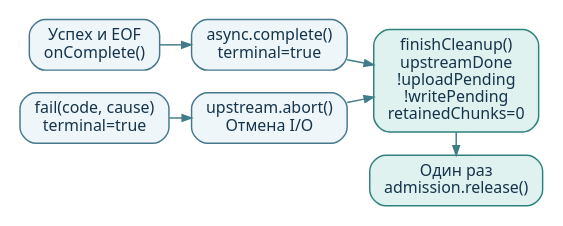
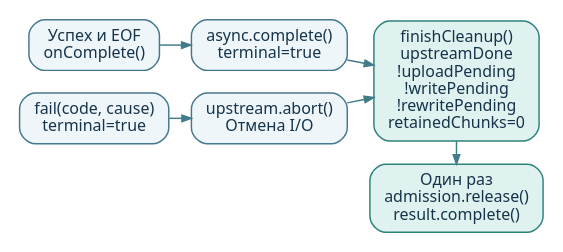
One commit to AlFlanker/NettyPet changed the diagram in jetty-client-example/docs/diagrams/lifecycle.dot. Above: the diagram before and after it, drawn with Graphviz. The commit also changed 17 other files, not shown here.

```diff
--- a/jetty-client-example/docs/diagrams/lifecycle.dot
+++ b/jetty-client-example/docs/diagrams/lifecycle.dot
@@ -1,21 +1,21 @@
 digraph lifecycle {
   graph [rankdir=LR, bgcolor="white", pad="0.10", nodesep="0.23", ranksep="0.24", splines=polyline];
   node [shape=box, style="rounded,filled", fontname="Noto Sans", fontsize=12, fontcolor="#15344B", fillcolor="#EFF6FA", color="#45788F", penwidth=1.1, margin="0.14,0.09"];
   edge [color="#417C89", penwidth=1.1, arrowsize=0.7, fontname="Noto Sans", fontsize=12, fontcolor="#15344B"];
 
   success [label="Успех и EOF\nonComplete()"];
   finish [label="async.complete()\nterminal=true"];
   failure [label="fail(code, cause)\nterminal=true"];
   cancel [label="upstream.abort()\nОтмена I/O"];
-  gates [label="finishCleanup()\nupstreamDone\n!uploadPending\n!writePending\nretainedChunks=0", fillcolor="#E0F2EF", color="#2D827B"];
-  release [label="Один раз\nadmission.release()", fillcolor="#E0F2EF", color="#2D827B"];
+  gates [label="finishCleanup()\nupstreamDone\n!uploadPending\n!writePending\n!rewritePending\nretainedChunks=0", fillcolor="#E0F2EF", color="#2D827B"];
+  release [label="Один раз\nadmission.release()\nresult.complete()", fillcolor="#E0F2EF", color="#2D827B"];
 
   { rank=same; success; failure; }
   { rank=same; finish; cancel; }
   { rank=same; gates; release; }
   success -> finish;
   failure -> cancel;
   finish -> gates;
   cancel -> gates;
   gates -> release [constraint=false];
 }
```
